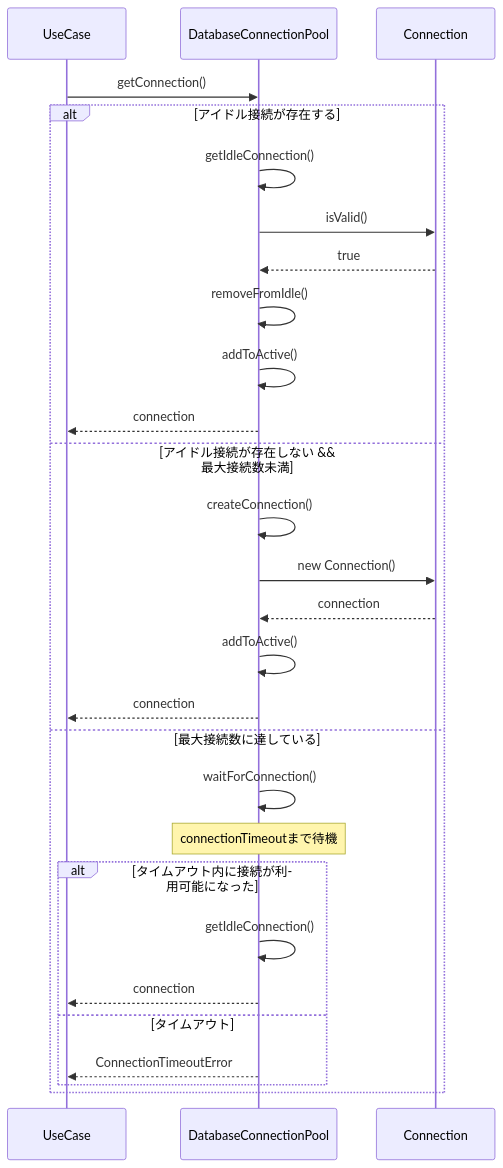
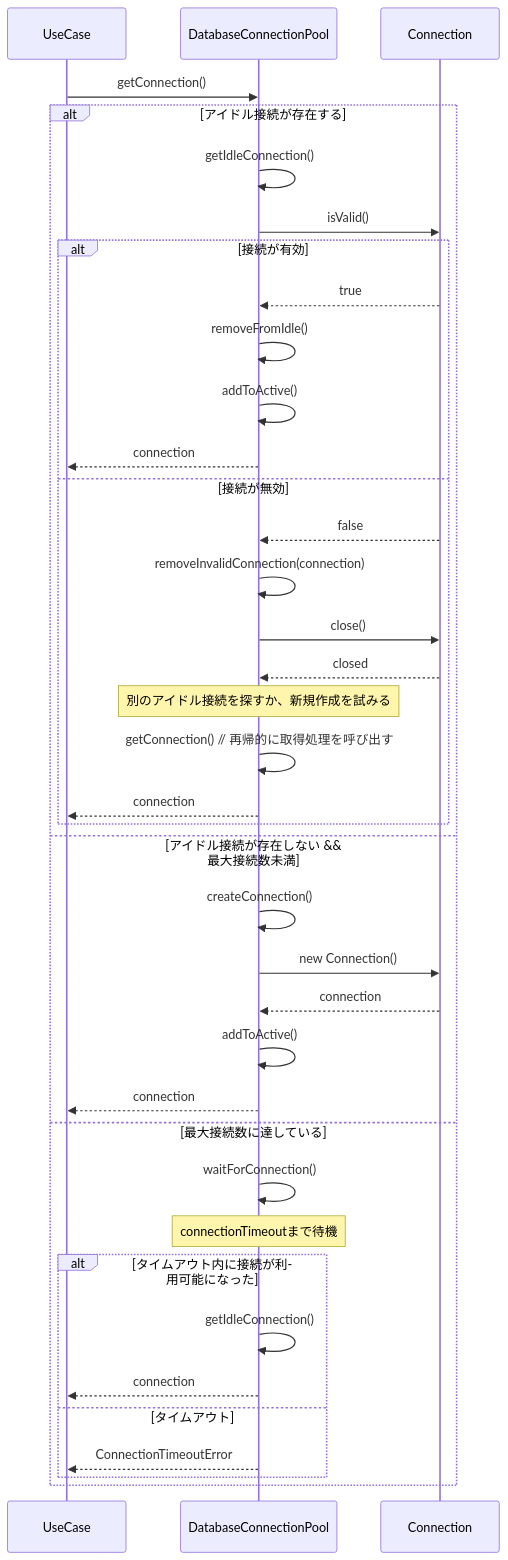
The second of 6 diagrams in docs/detailed-design/MWD-81_database-connection-pool/sequence-diagrams.md (kencom2400/MrWebDefence-Console), drawn with Mermaid before and after one commit. The commit also changed 4 other files, not shown here.

First line of the commit message:
fix(database-connection-pool): Geminiレビュー指摘（第3弾）を反映して設計書を修正 (MWD-81)

````diff
--- a/docs/detailed-design/MWD-81_database-connection-pool/sequence-diagrams.md
+++ b/docs/detailed-design/MWD-81_database-connection-pool/sequence-diagrams.md
@@ -36,32 +36,42 @@
 ```mermaid
 sequenceDiagram
     participant UseCase
     participant DatabaseConnectionPool
     participant Connection
 
     UseCase->>DatabaseConnectionPool: getConnection()
     
     alt アイドル接続が存在する
         DatabaseConnectionPool->>DatabaseConnectionPool: getIdleConnection()
         DatabaseConnectionPool->>Connection: isValid()
-        Connection-->>DatabaseConnectionPool: true
-        DatabaseConnectionPool->>DatabaseConnectionPool: removeFromIdle()
-        DatabaseConnectionPool->>DatabaseConnectionPool: addToActive()
-        DatabaseConnectionPool-->>UseCase: connection
+        alt 接続が有効
+            Connection-->>DatabaseConnectionPool: true
+            DatabaseConnectionPool->>DatabaseConnectionPool: removeFromIdle()
+            DatabaseConnectionPool->>DatabaseConnectionPool: addToActive()
+            DatabaseConnectionPool-->>UseCase: connection
+        else 接続が無効
+            Connection-->>DatabaseConnectionPool: false
+            DatabaseConnectionPool->>DatabaseConnectionPool: removeInvalidConnection(connection)
+            DatabaseConnectionPool->>Connection: close()
+            Connection-->>DatabaseConnectionPool: closed
+            Note over DatabaseConnectionPool: 別のアイドル接続を探すか、新規作成を試みる
+            DatabaseConnectionPool->>DatabaseConnectionPool: getConnection() // 再帰的に取得処理を呼び出す
+            DatabaseConnectionPool-->>UseCase: connection
+        end
     else アイドル接続が存在しない && 最大接続数未満
         DatabaseConnectionPool->>DatabaseConnectionPool: createConnection()
         DatabaseConnectionPool->>Connection: new Connection()
         Connection-->>DatabaseConnectionPool: connection
         DatabaseConnectionPool->>DatabaseConnectionPool: addToActive()
         DatabaseConnectionPool-->>UseCase: connection
     else 最大接続数に達している
         DatabaseConnectionPool->>DatabaseConnectionPool: waitForConnection()
         Note over DatabaseConnectionPool: connectionTimeoutまで待機
         alt タイムアウト内に接続が利用可能になった
             DatabaseConnectionPool->>DatabaseConnectionPool: getIdleConnection()
             DatabaseConnectionPool-->>UseCase: connection
         else タイムアウト
             DatabaseConnectionPool-->>UseCase: ConnectionTimeoutError
         end
     end
 ```
````
